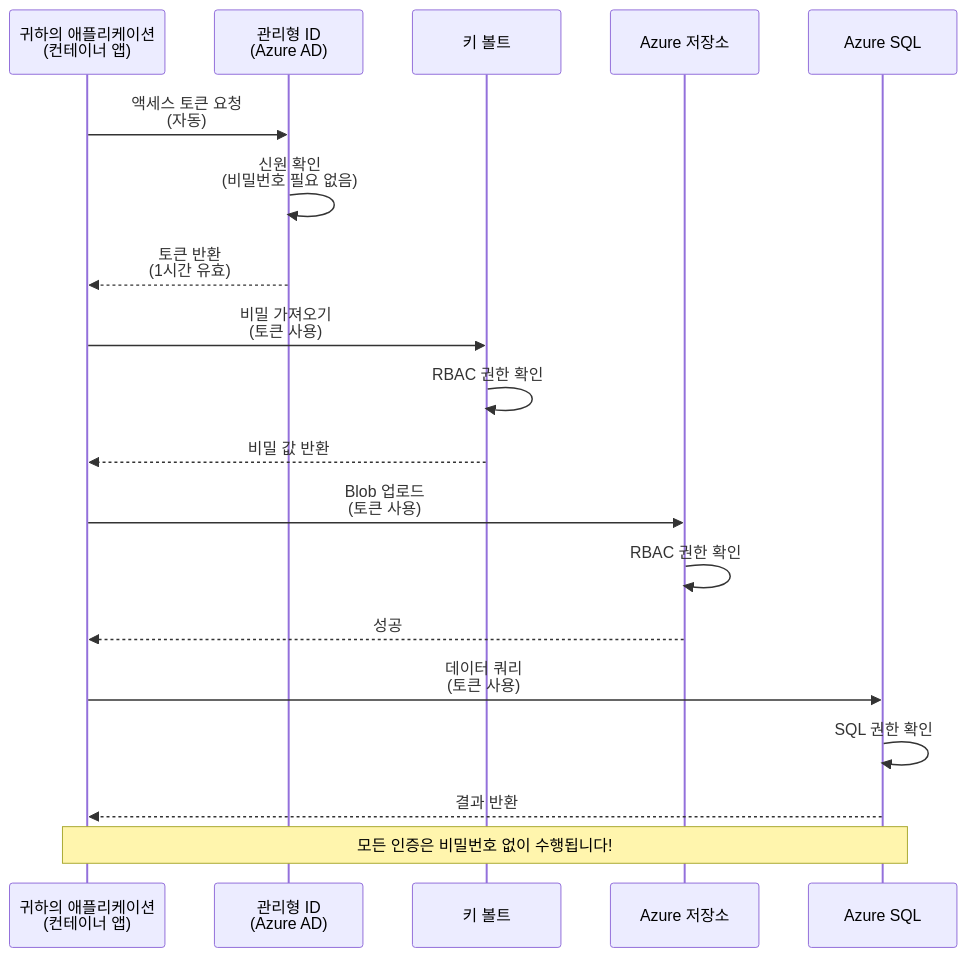
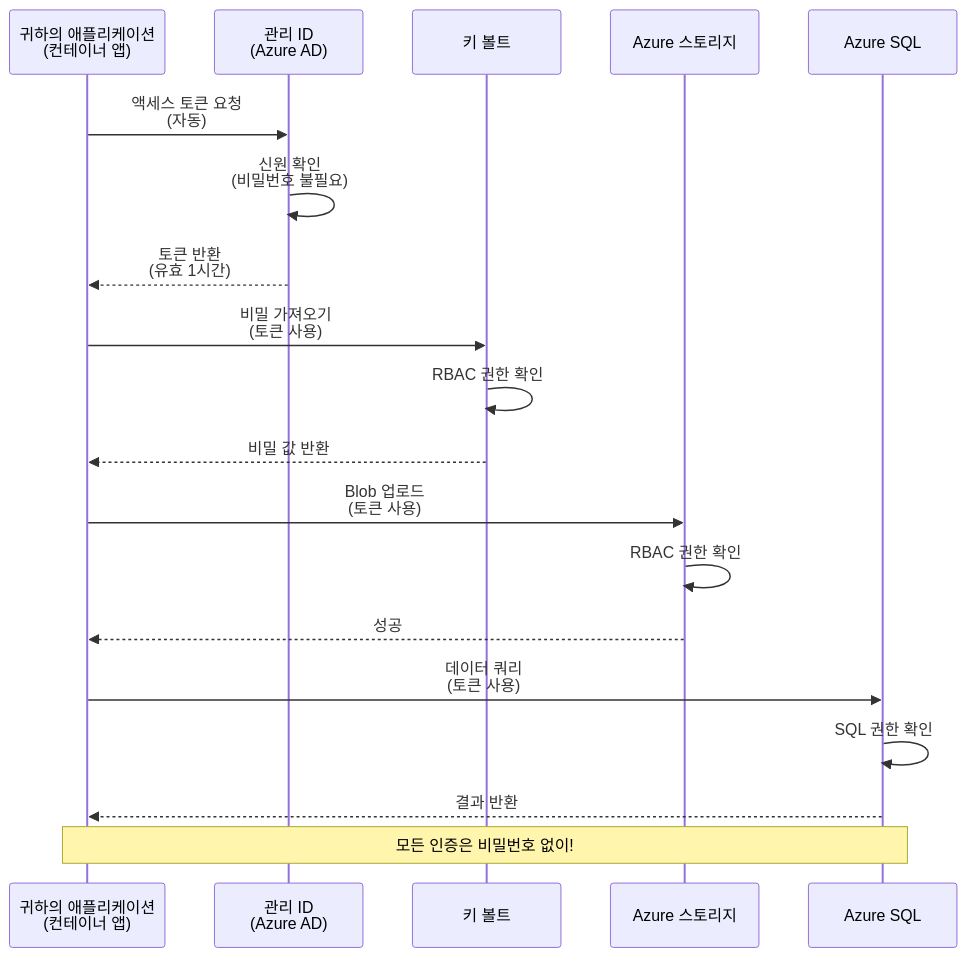
The first of 2 diagrams in translations/ko/docs/chapter-03-configuration/authsecurity.md (microsoft/AZD-for-beginners), drawn with Mermaid before and after one commit. The commit also changed other lines of this file and 101 other files, not shown here.

````diff
--- a/translations/ko/docs/chapter-03-configuration/authsecurity.md
+++ b/translations/ko/docs/chapter-03-configuration/authsecurity.md
@@ -69,26 +69,26 @@
 ```mermaid
 sequenceDiagram
     participant App as 귀하의 애플리케이션<br/>(컨테이너 앱)
-    participant MI as 관리형 ID<br/>(Azure AD)
+    participant MI as 관리 ID<br/>(Azure AD)
     participant KV as 키 볼트
-    participant Storage as Azure 저장소
+    participant Storage as Azure 스토리지
     participant DB as Azure SQL
     
     App->>MI: 액세스 토큰 요청<br/>(자동)
-    MI->>MI: 신원 확인<br/>(비밀번호 필요 없음)
-    MI-->>App: 토큰 반환<br/>(1시간 유효)
+    MI->>MI: 신원 확인<br/>(비밀번호 불필요)
+    MI-->>App: 토큰 반환<br/>(유효 1시간)
     
     App->>KV: 비밀 가져오기<br/>(토큰 사용)
     KV->>KV: RBAC 권한 확인
     KV-->>App: 비밀 값 반환
     
     App->>Storage: Blob 업로드<br/>(토큰 사용)
     Storage->>Storage: RBAC 권한 확인
     Storage-->>App: 성공
     
     App->>DB: 데이터 쿼리<br/>(토큰 사용)
     DB->>DB: SQL 권한 확인
     DB-->>App: 결과 반환
     
-    Note over App,DB: 모든 인증은 비밀번호 없이 수행됩니다!
+    Note over App,DB: 모든 인증은 비밀번호 없이!
 ```
````
